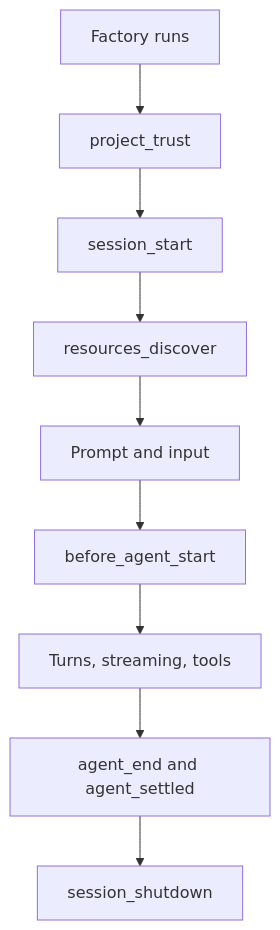
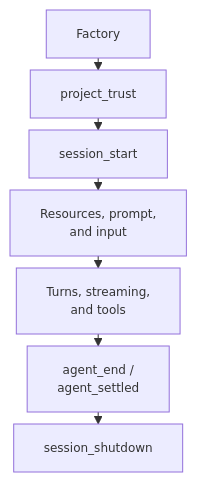
The first of 2 diagrams in developer-guide/07-your-first-extension.qmd (lukechen526/pi), drawn with Mermaid before and after one commit. The commit also changed other lines of this file and 6 other files, not shown here.

````diff
--- a/developer-guide/07-your-first-extension.qmd
+++ b/developer-guide/07-your-first-extension.qmd
@@ -78,13 +120,11 @@
 ```{mermaid}
 %%| label: fig-extension-lifecycle
 %%| fig-cap: "Representative extension event flow (not exhaustive)."
+%%{init: {"flowchart": {"nodeSpacing": 16, "rankSpacing": 12}, "themeVariables": {"fontSize": "12px"}}}%%
 flowchart TD
-  factory[Factory runs] --> trust[project_trust]
-  trust --> start[session_start]
-  start --> resources[resources_discover]
-  resources --> input[Prompt and input]
-  input --> agent[before_agent_start]
-  agent --> turn[Turns, streaming, tools]
-  turn --> settled[agent_end and agent_settled]
+  factory[Factory] --> trust[project_trust] --> start[session_start]
+  start --> resources["Resources, prompt,<br/>and input"]
+  resources --> turn["Turns, streaming,<br/>and tools"]
+  turn --> settled["agent_end /<br/>agent_settled"]
   settled --> shutdown[session_shutdown]
 ```
````
